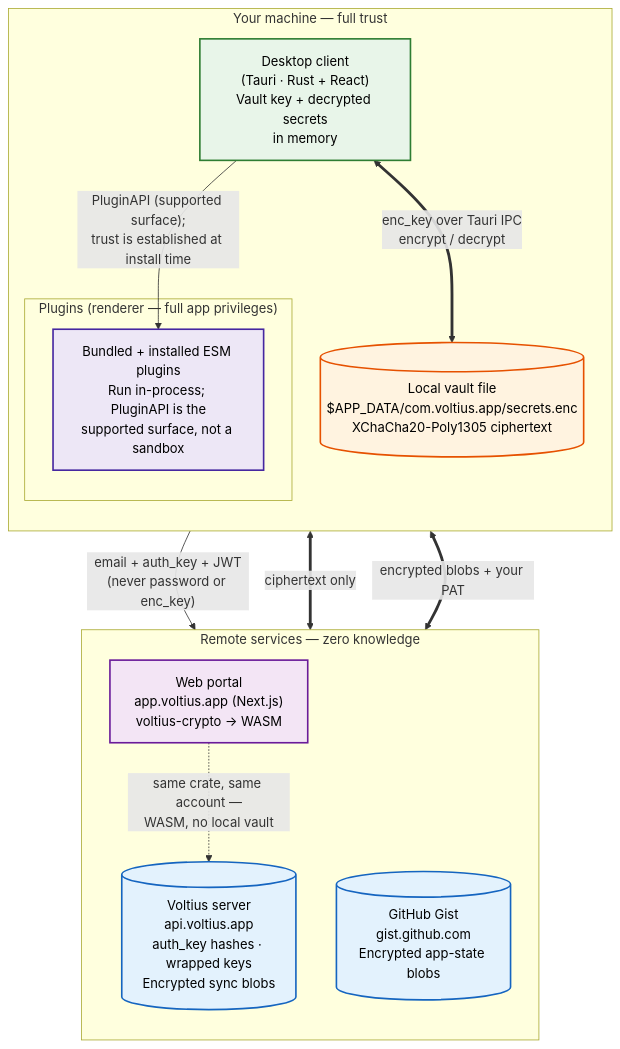
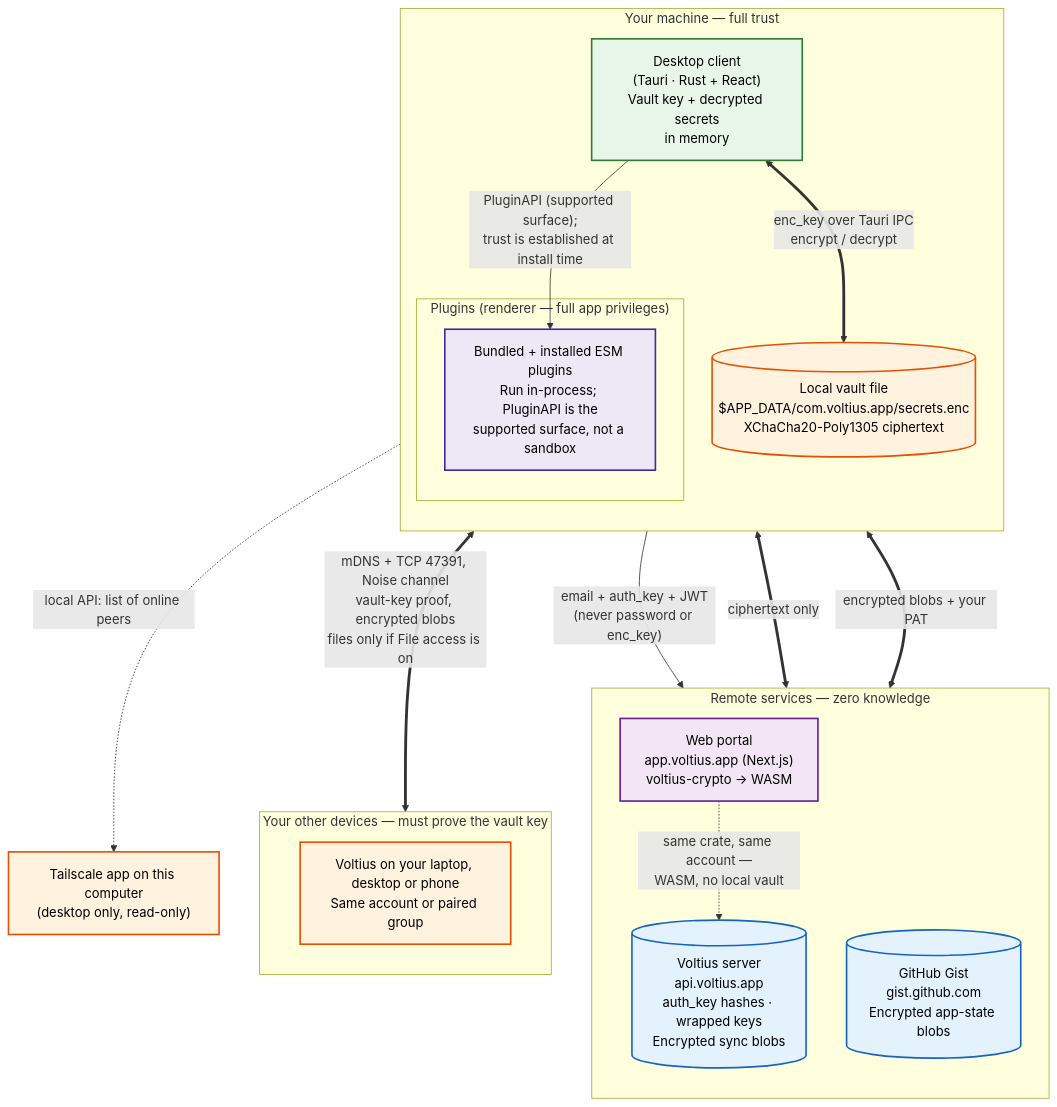
The first of 2 diagrams in docs/security/architecture.md (VoltiusApp/docs), drawn with Mermaid before and after one commit. The commit also changed other lines of this file and 26 other files, not shown here.

First line of the commit message:
docs: local network sync and My devices across the site (#64)

````diff
--- a/docs/security/architecture.md
+++ b/docs/security/architecture.md
@@ -7,31 +7,40 @@
 ```mermaid
 flowchart TD
     classDef local fill:#fff3e0,stroke:#e65100,stroke-width:2px,color:#000;
     classDef secure fill:#e8f5e9,stroke:#2e7d32,stroke-width:2px,color:#000;
     classDef remote fill:#e3f2fd,stroke:#1565c0,stroke-width:2px,color:#000;
     classDef wasm fill:#f3e5f5,stroke:#6a1b9a,stroke-width:2px,color:#000;
     classDef plugin fill:#ede7f6,stroke:#4527a0,stroke-width:2px,color:#000;
 
     subgraph Device ["Your machine — full trust"]
         direction TB
         Client["Desktop client\n(Tauri · Rust + React)\nVault key + decrypted secrets\nin memory"]:::secure
         Vault[("Local vault file\n$APP_DATA/com.voltius.app/secrets.enc\nXChaCha20-Poly1305 ciphertext")]:::local
         subgraph PluginBox ["Plugins (renderer — full app privileges)"]
             Plugins["Bundled + installed ESM plugins\nRun in-process; PluginAPI is the\nsupported surface, not a sandbox"]:::plugin
         end
         Client <==>|"enc_key over Tauri IPC\nencrypt / decrypt"| Vault
         Client -->|"PluginAPI (supported surface);\ntrust is established at install time"| Plugins
     end
 
     subgraph Cloud ["Remote services — zero knowledge"]
         direction TB
         Server[("Voltius server\napi.voltius.app\nauth_key hashes · wrapped keys\nEncrypted sync blobs")]:::remote
         Portal["Web portal\napp.voltius.app (Next.js)\nvoltius-crypto → WASM"]:::wasm
         Gist[("GitHub Gist\ngist.github.com\nEncrypted app-state blobs")]:::remote
     end
 
+    subgraph Peers ["Your other devices — must prove the vault key"]
+        direction TB
+        Peer["Voltius on your laptop, desktop or phone\nSame account or paired group"]:::local
+    end
+
+    Tailscale["Tailscale app on this computer\n(desktop only, read-only)"]:::local
+
     Client -->|"email + auth_key + JWT\n(never password or enc_key)"| Server
     Client <==>|"ciphertext only"| Server
     Client <==>|"encrypted blobs + your PAT"| Gist
     Portal -.->|"same crate, same account —\nWASM, no local vault"| Server
+    Client <==>|"mDNS + TCP 47391, Noise channel\nvault-key proof, encrypted blobs\nfiles only if File access is on"| Peer
+    Client -.->|"local API: list of online peers"| Tailscale
 ```
````
